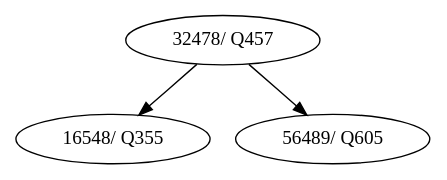
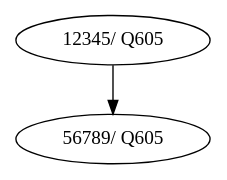
One commit to EstrellitaArmas/Proyecto2s22017_201212919 changed the diagram in SistemaPagoAVL.dot. Above: the diagram before and after it, drawn with Graphviz. The commit also changed 12 other files, not shown here.

```diff
--- a/SistemaPagoAVL.dot
+++ b/SistemaPagoAVL.dot
@@ -1,8 +1,6 @@
 digraph G{
-nodo_32478 [label="32478/ Q457"]
-nodo_32478 -> nodo_16548
-nodo_16548 [label="16548/ Q355"]
-nodo_32478 -> nodo_56489
-nodo_56489 [label="56489/ Q605"]
+nodo_12345 [label="12345/ Q605"]
+nodo_12345 -> nodo_56789
+nodo_56789 [label="56789/ Q605"]
 
 }
```
